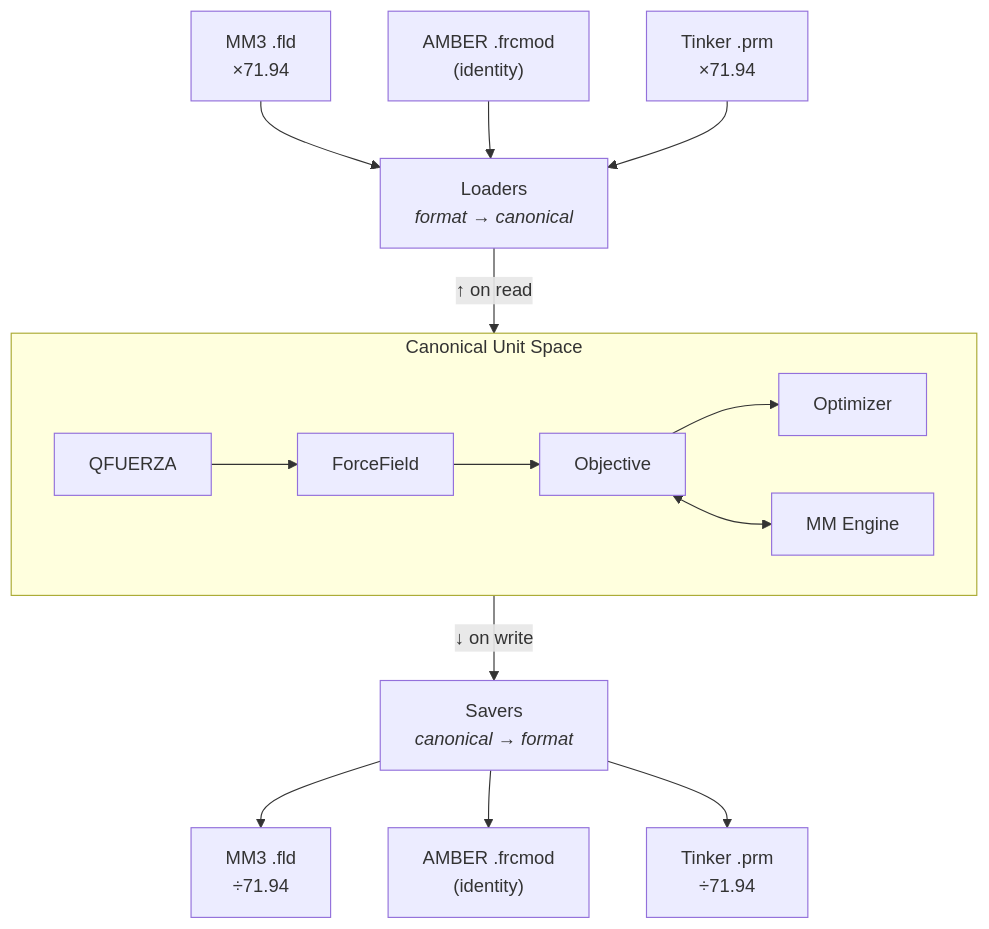
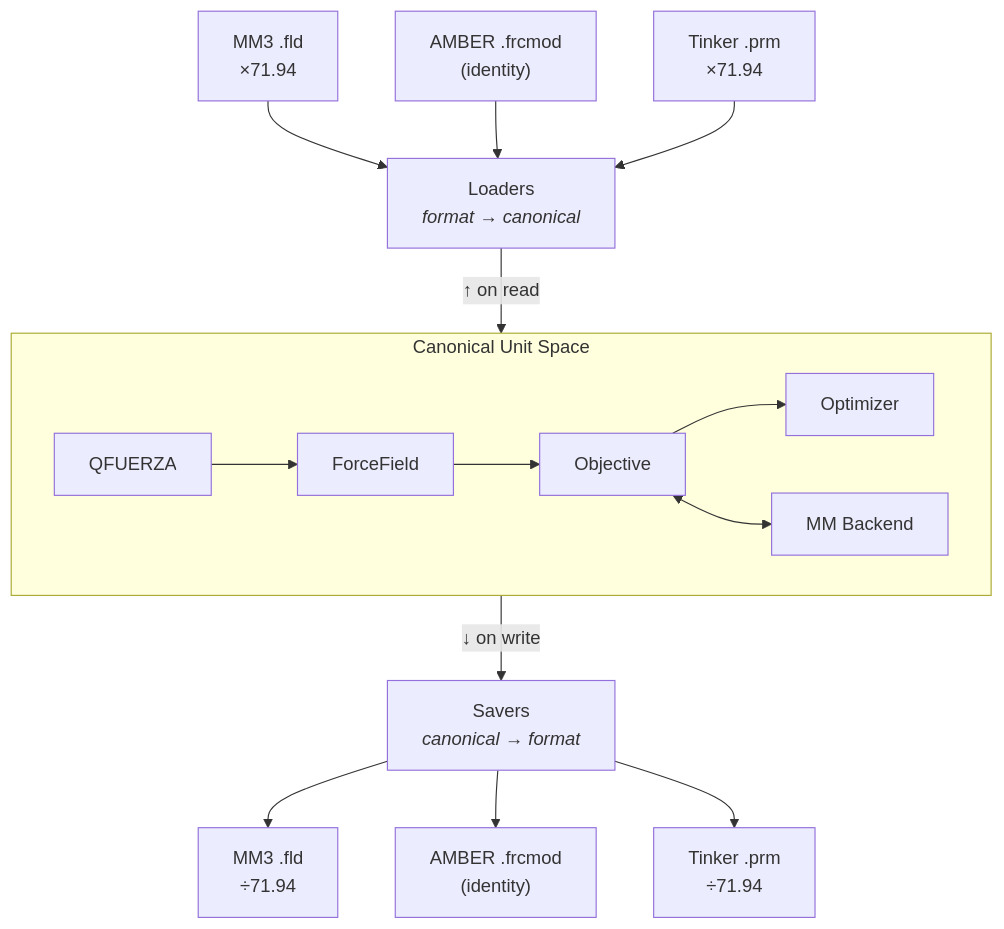
The first of 2 diagrams in docs/how-it-works/architecture.md (ericchansen/q2mm), drawn with Mermaid before and after one commit. The commit also changed other lines of this file and 109 other files, not shown here.

````diff
--- a/docs/how-it-works/architecture.md
+++ b/docs/how-it-works/architecture.md
@@ -47,19 +47,19 @@
 ```mermaid
 graph TB
     subgraph canonical ["Canonical Unit Space"]
         direction LR
         Q[QFUERZA] --> FF[ForceField] --> OBJ[Objective] --> OPT[Optimizer]
-        OBJ <--> ENG[MM Engine]
+        OBJ <--> ENG[MM Backend]
     end
 
     L["Loaders<br/><em>format → canonical</em>"] -->|"↑ on read"| canonical
     canonical -->|"↓ on write"| R["Savers<br/><em>canonical → format</em>"]
 
     MM3_in["MM3 .fld<br/>×71.94"] --> L
     AMBER_in["AMBER .frcmod<br/>(identity)"] --> L
     Tinker_in["Tinker .prm<br/>×71.94"] --> L
 
     R --> MM3_out["MM3 .fld<br/>÷71.94"]
     R --> AMBER_out["AMBER .frcmod<br/>(identity)"]
     R --> Tinker_out["Tinker .prm<br/>÷71.94"]
 ```
````
